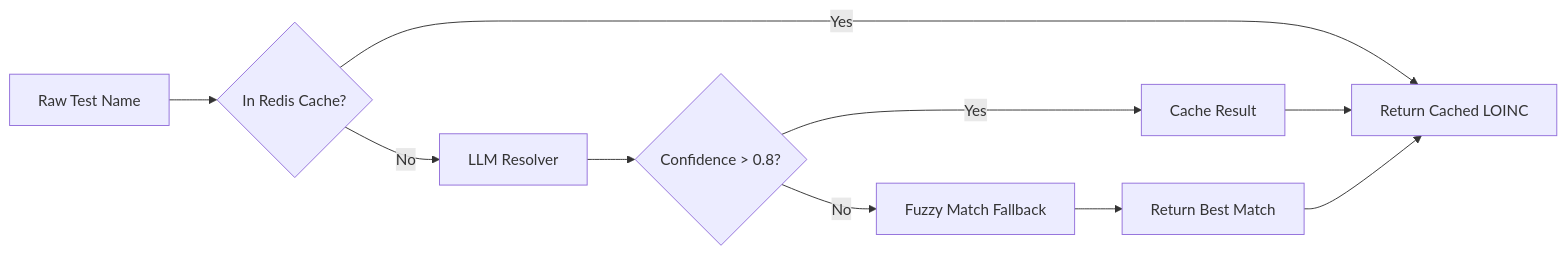
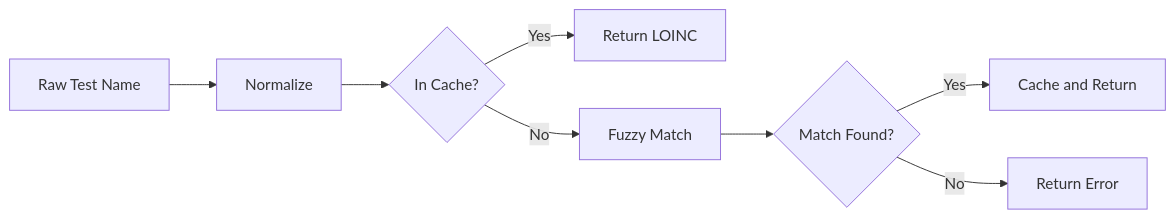
Before and after one commit to hellokelli/LabDx-Diagnostic-API: the second of 3 diagrams in docs/architecture.md, drawn with Mermaid. The commit also changed other lines of this file, not shown here.

First line of the commit message:
Revise architecture documentation for clarity and updates

````diff
--- a/docs/architecture.md
+++ b/docs/architecture.md
@@ -63,12 +65,10 @@
 ```mermaid
 graph LR
-    A[Raw Test Name] --> B{In Redis Cache?}
-    B -->|Yes| C[Return Cached LOINC]
-    B -->|No| D[LLM Resolver]
-    D --> E{Confidence > 0.8?}
-    E -->|Yes| F[Cache Result]
-    E -->|No| G[Fuzzy Match Fallback]
-    G --> H[Return Best Match]
-    F --> C
-    H --> C
+    A[Raw Test Name] --> B[Normalize]
+    B --> C{In Cache?}
+    C -->|Yes| D[Return LOINC]
+    C -->|No| E[Fuzzy Match]
+    E --> F{Match Found?}
+    F -->|Yes| G[Cache and Return]
+    F -->|No| H[Return Error]
 ```
````
